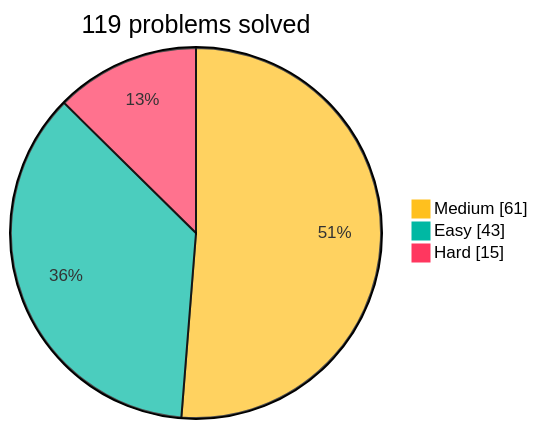
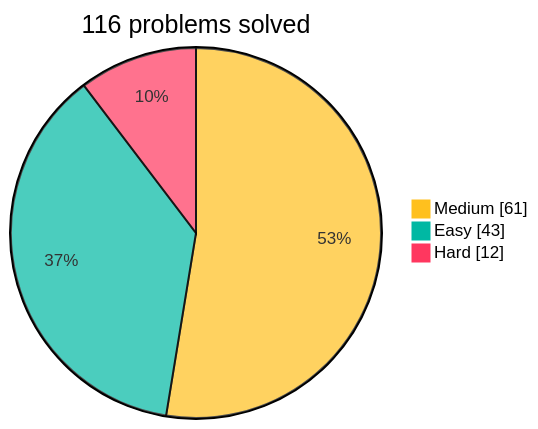
The diagram in readme.md (jamerrq/leetcode-daily), drawn with Mermaid before and after one commit. The commit also changed other lines of this file, not shown here.

Commit message:
chore: drop unsolved problems (3420, 2911, 3505) from readme index

````diff
--- a/readme.md
+++ b/readme.md
@@ -165,7 +162,7 @@
 ```mermaid
 %%{init: {"themeVariables": {"pie1": "#ffc01e", "pie2": "#00b8a3", "pie3": "#ff375f"}}}%%
-pie showData title 119 problems solved
+pie showData title 116 problems solved
     "Medium" : 61
     "Easy" : 43
-    "Hard" : 15
+    "Hard" : 12
 ```
````
